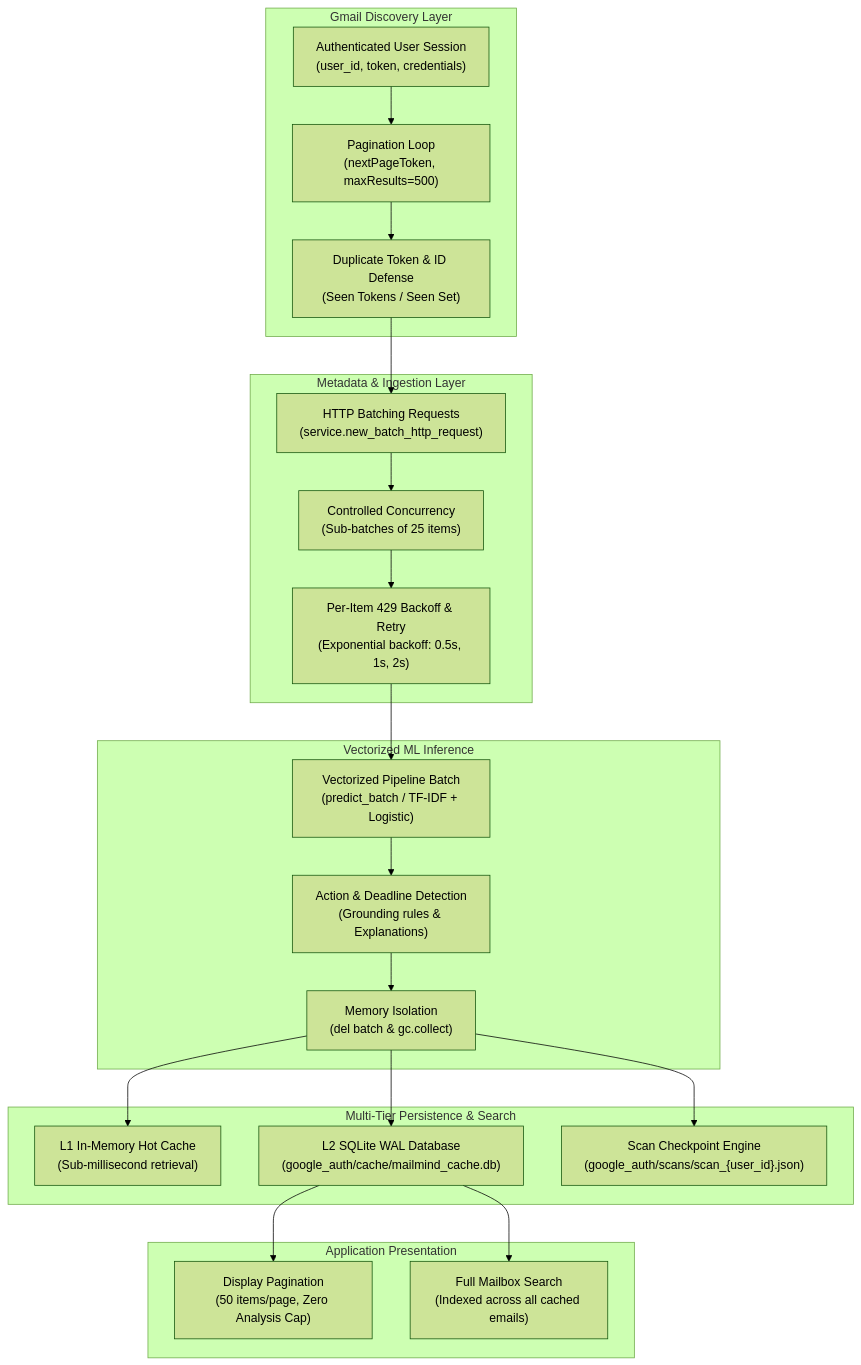
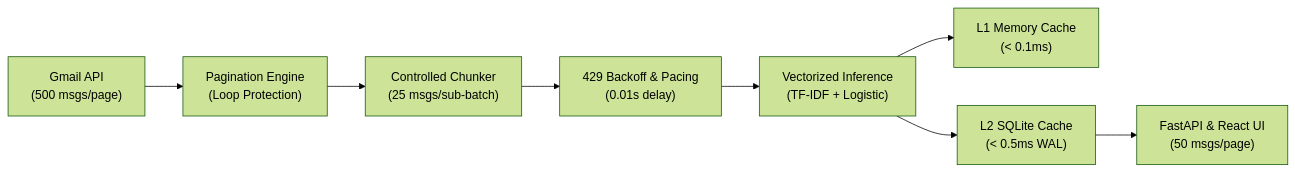
The second of 2 diagrams in README.md (Babul-Kumar/MailMind), drawn with Mermaid (forest theme) before and after one commit. The commit also changed other lines of this file and 10 other files, not shown here.

````diff
--- a/README.md
+++ b/README.md
@@ -468,44 +147,10 @@
 ```mermaid
-flowchart TD
-    subgraph "Gmail Discovery Layer"
-        UserAuth["Authenticated User Session<br/>(user_id, token, credentials)"]
-        PageLoop["Pagination Loop<br/>(nextPageToken, maxResults=500)"]
-        DupCheck["Duplicate Token & ID Defense<br/>(Seen Tokens / Seen Set)"]
-        UserAuth --> PageLoop
-        PageLoop --> DupCheck
-    end
-
-    subgraph "Metadata & Ingestion Layer"
-        BatchReq["HTTP Batching Requests<br/>(service.new_batch_http_request)"]
-        SubBatch["Controlled Concurrency<br/>(Sub-batches of 25 items)"]
-        Backoff["Per-Item 429 Backoff & Retry<br/>(Exponential backoff: 0.5s, 1s, 2s)"]
-        DupCheck --> BatchReq
-        BatchReq --> SubBatch
-        SubBatch --> Backoff
-    end
-
-    subgraph "Vectorized ML Inference"
-        Vectorized["Vectorized Pipeline Batch<br/>(predict_batch / TF-IDF + Logistic)"]
-        ActionDead["Action & Deadline Detection<br/>(Grounding rules & Explanations)"]
-        MemMgr["Memory Isolation<br/>(del batch & gc.collect)"]
-        Backoff --> Vectorized
-        Vectorized --> ActionDead
-        ActionDead --> MemMgr
-    end
-
-    subgraph "Multi-Tier Persistence & Search"
-        L1["L1 In-Memory Hot Cache<br/>(Sub-millisecond retrieval)"]
-        L2["L2 SQLite WAL Database<br/>(google_auth/cache/mailmind_cache.db)"]
-        Checkpoints["Scan Checkpoint Engine<br/>(google_auth/scans/scan_{user_id}.json)"]
-        MemMgr --> L1
-        MemMgr --> L2
-        MemMgr --> Checkpoints
-    end
-
-    subgraph "Application Presentation"
-        DispPage["Display Pagination<br/>(50 items/page, Zero Analysis Cap)"]
-        FullSearch["Full Mailbox Search<br/>(Indexed across all cached emails)"]
-        L2 --> DispPage
-        L2 --> FullSearch
-    end
+flowchart LR
+    Gmail["Gmail API<br/>(500 msgs/page)"] --> Loop["Pagination Engine<br/>(Loop Protection)"]
+    Loop --> Chunker["Controlled Chunker<br/>(25 msgs/sub-batch)"]
+    Chunker --> Backoff["429 Backoff & Pacing<br/>(0.01s delay)"]
+    Backoff --> Vectorized["Vectorized Inference<br/>(TF-IDF + Logistic)"]
+    Vectorized --> L1["L1 Memory Cache<br/>(< 0.1ms)"]
+    Vectorized --> L2["L2 SQLite Cache<br/>(< 0.5ms WAL)"]
+    L2 --> UI["FastAPI & React UI<br/>(50 msgs/page)"]
 ```
````
